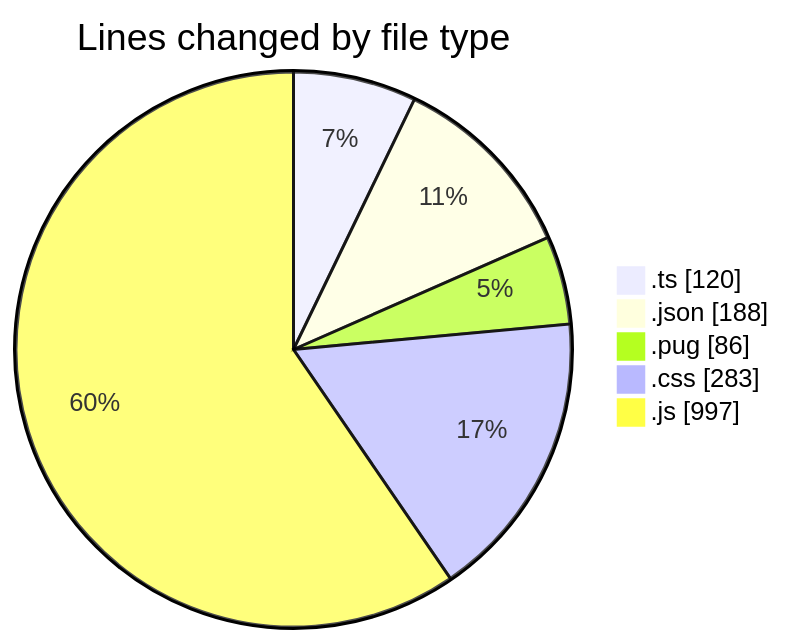
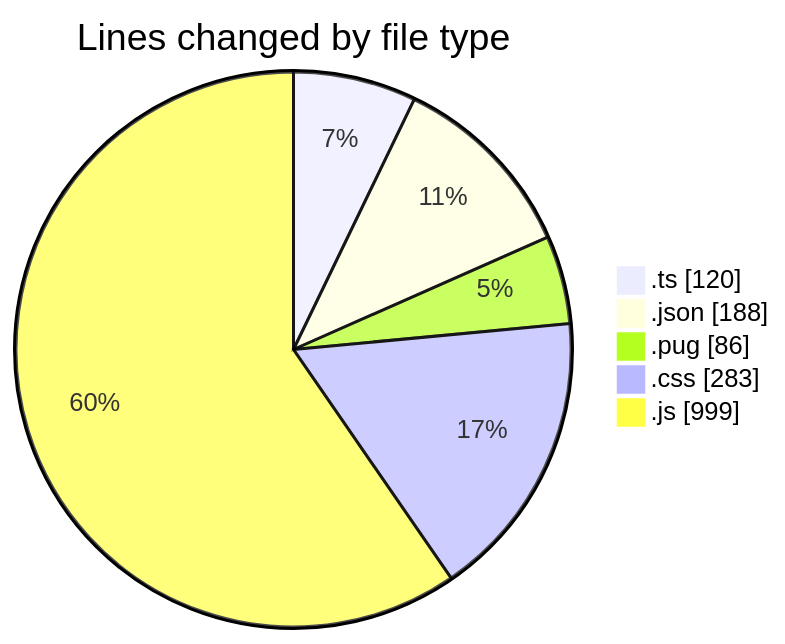
Before and after one commit to momahboobian/code-tracking: the first of 2 diagrams in 2025-02-24/cda/README.md, drawn with Mermaid. The commit also changed other lines of this file and 1 other file, not shown here.

````diff
--- a/2025-02-24/cda/README.md
+++ b/2025-02-24/cda/README.md
@@ -34,9 +34,9 @@
 ```mermaid
 pie showData
 title Lines changed by file type
 ".ts" : 120
 ".json" : 188
 ".pug" : 86
 ".css" : 283
-".js" : 997
+".js" : 999
 ```
````
